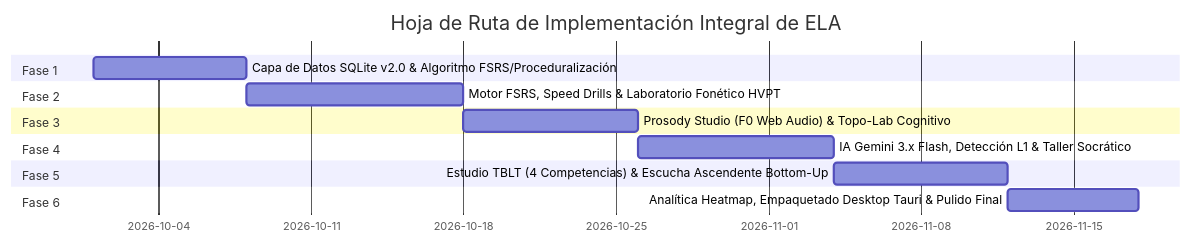
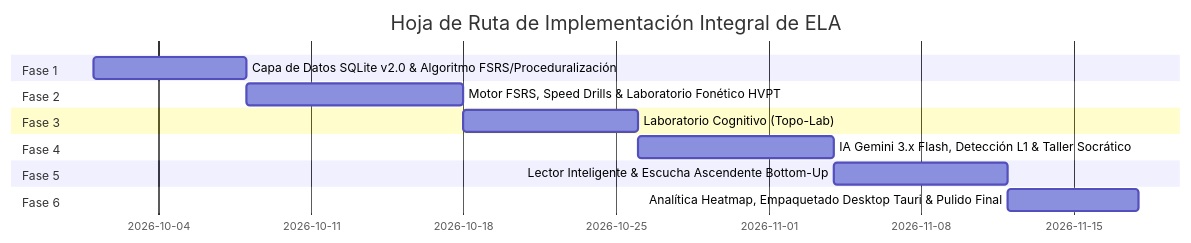
Before and after one commit to JosGRM21/english_learning_assistant: the diagram in docs/08_implementation_roadmap/milestones_and_phases.md, drawn with Mermaid. The commit also changed other lines of this file and 132 other files, not shown here.

````diff
--- a/docs/08_implementation_roadmap/milestones_and_phases.md
+++ b/docs/08_implementation_roadmap/milestones_and_phases.md
@@ -10,17 +10,17 @@
 ```mermaid
 gantt
     title Hoja de Ruta de Implementación Integral de ELA
     dateFormat  YYYY-MM-DD
     section Fase 1
     Capa de Datos SQLite v2.0 & Algoritmo FSRS/Proceduralización :p1, 2026-10-01, 7d
     section Fase 2
     Motor FSRS, Speed Drills & Laboratorio Fonético HVPT        :p2, after p1, 10d
     section Fase 3
-    Prosody Studio (F0 Web Audio) & Topo-Lab Cognitivo          :p3, after p2, 8d
+    Laboratorio Cognitivo (Topo-Lab)                            :p3, after p2, 8d
     section Fase 4
     IA Gemini 3.x Flash, Detección L1 & Taller Socrático         :p4, after p3, 9d
     section Fase 5
-    Estudio TBLT (4 Competencias) & Escucha Ascendente Bottom-Up :p5, after p4, 8d
+    Lector Inteligente & Escucha Ascendente Bottom-Up           :p5, after p4, 8d
     section Fase 6
     Analítica Heatmap, Empaquetado Desktop Tauri & Pulido Final :p6, after p5, 6d
 ```
````
